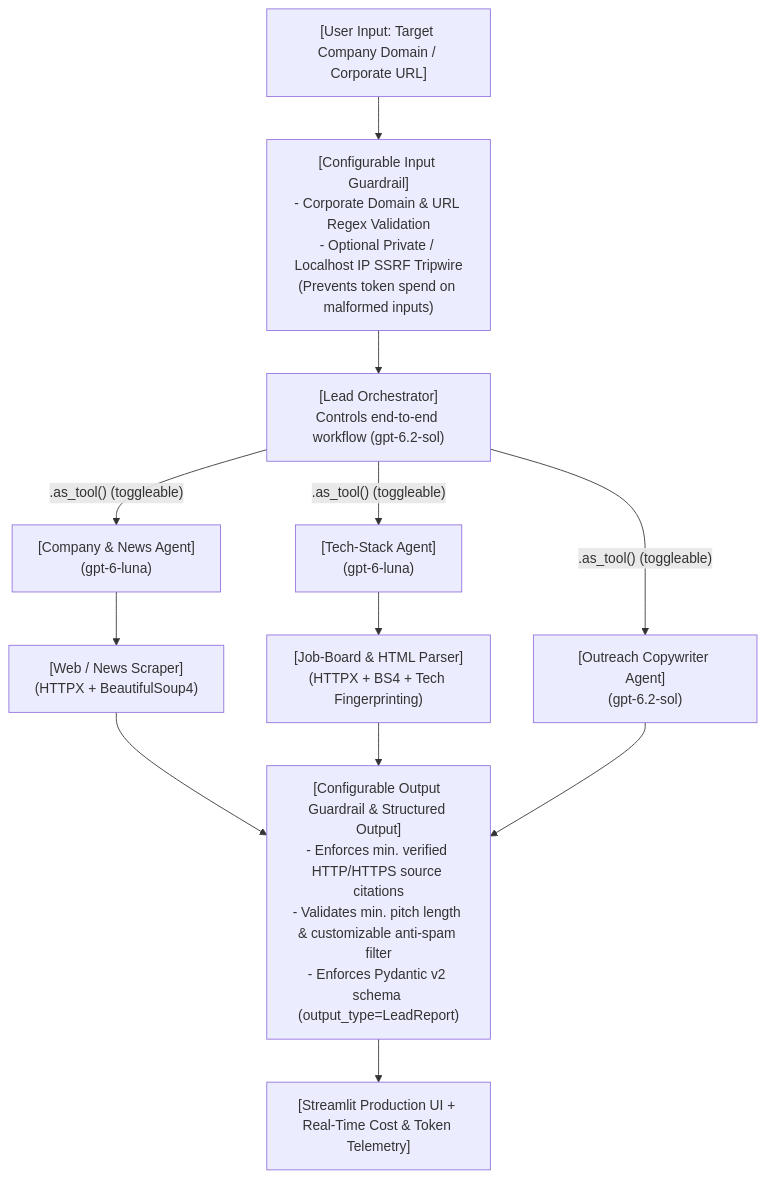
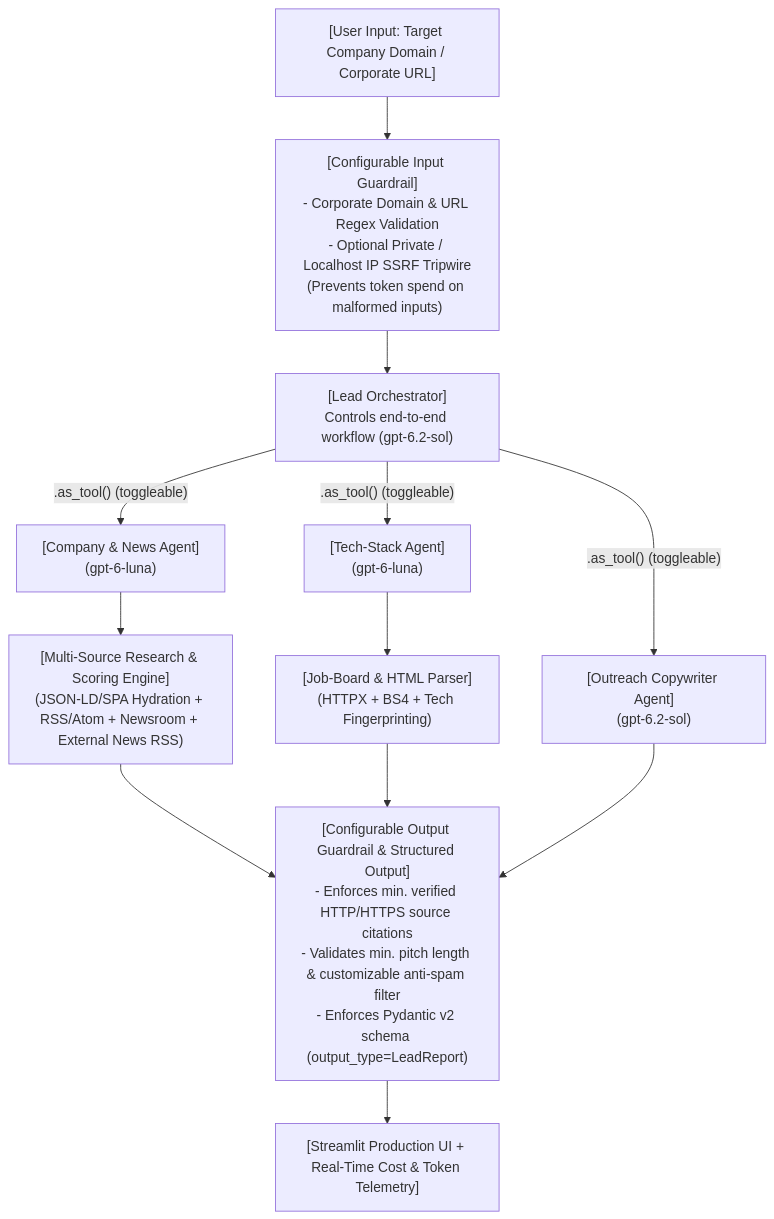
Before and after one commit to MartinsRepo/B2B-Lead-Intelligence-Outreach-Agent: the diagram in README.md, drawn with Mermaid. The commit also changed other lines of this file and 11 other files, not shown here.

Commit message:
Multi-Source Research & Source Evaluation Engine

````diff
--- a/README.md
+++ b/README.md
@@ -24,18 +25,18 @@
 ```mermaid
 flowchart TD
     INPUT["[User Input: Target Company Domain / Corporate URL]"] --> IG["[Configurable Input Guardrail]<br/>- Corporate Domain & URL Regex Validation<br/>- Optional Private / Localhost IP SSRF Tripwire<br/>(Prevents token spend on malformed inputs)"]
     IG --> ORCH["[Lead Orchestrator]<br/>Controls end-to-end workflow (gpt-6.2-sol)"]
 
     ORCH -->|".as_tool() (toggleable)"| CNA["[Company & News Agent]<br/>(gpt-6-luna)"]
     ORCH -->|".as_tool() (toggleable)"| TSA["[Tech-Stack Agent]<br/>(gpt-6-luna)"]
     ORCH -->|".as_tool() (toggleable)"| OCA["[Outreach Copywriter Agent]<br/>(gpt-6.2-sol)"]
 
-    CNA --> WNS["[Web / News Scraper]<br/>(HTTPX + BeautifulSoup4)"]
+    CNA --> WNS["[Multi-Source Research & Scoring Engine]<br/>(JSON-LD/SPA Hydration + RSS/Atom + Newsroom + External News RSS)"]
     TSA --> JBP["[Job-Board & HTML Parser]<br/>(HTTPX + BS4 + Tech Fingerprinting)"]
 
     WNS --> OG["[Configurable Output Guardrail & Structured Output]<br/>- Enforces min. verified HTTP/HTTPS source citations<br/>- Validates min. pitch length & customizable anti-spam filter<br/>- Enforces Pydantic v2 schema (output_type=LeadReport)"]
     JBP --> OG
     OCA --> OG
 
     OG --> UI["[Streamlit Production UI + Real-Time Cost & Token Telemetry]"]
 ```
````
